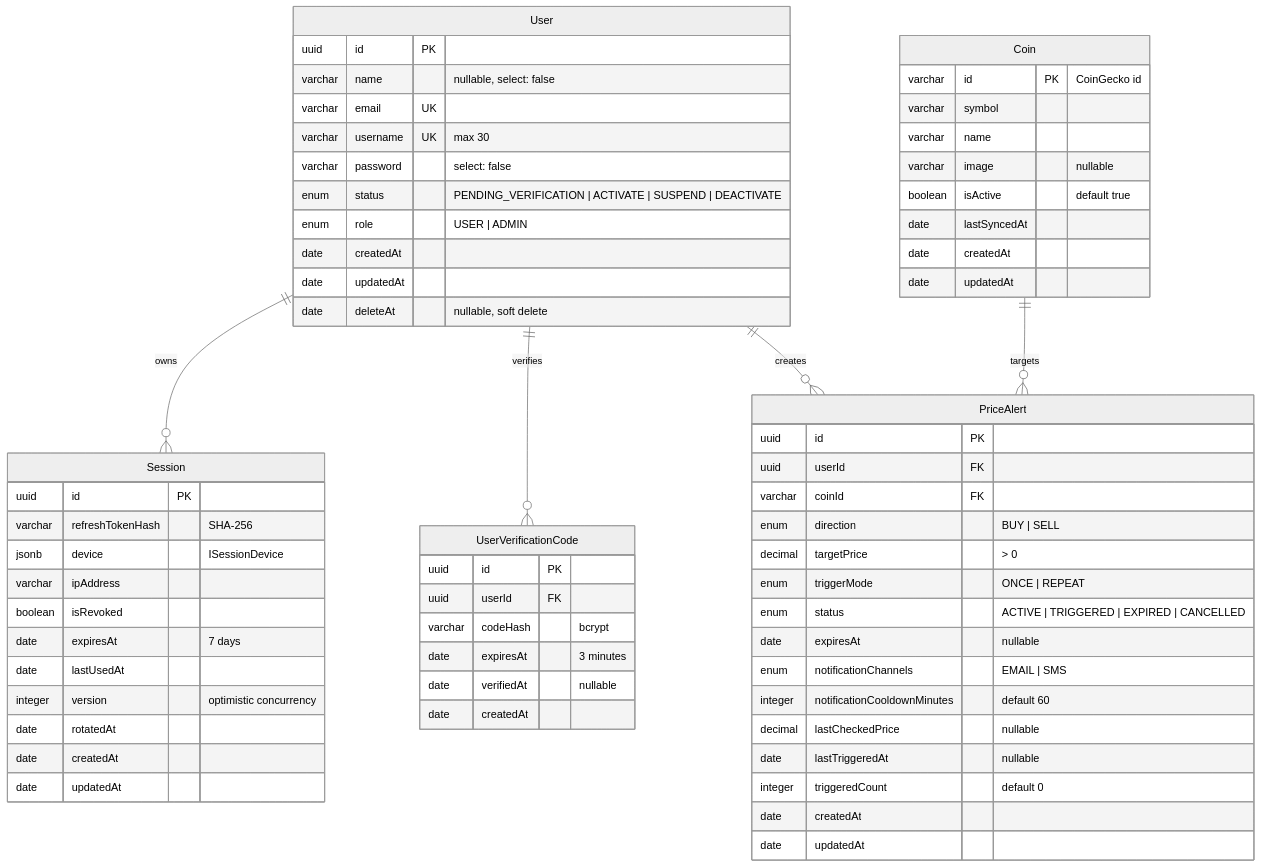
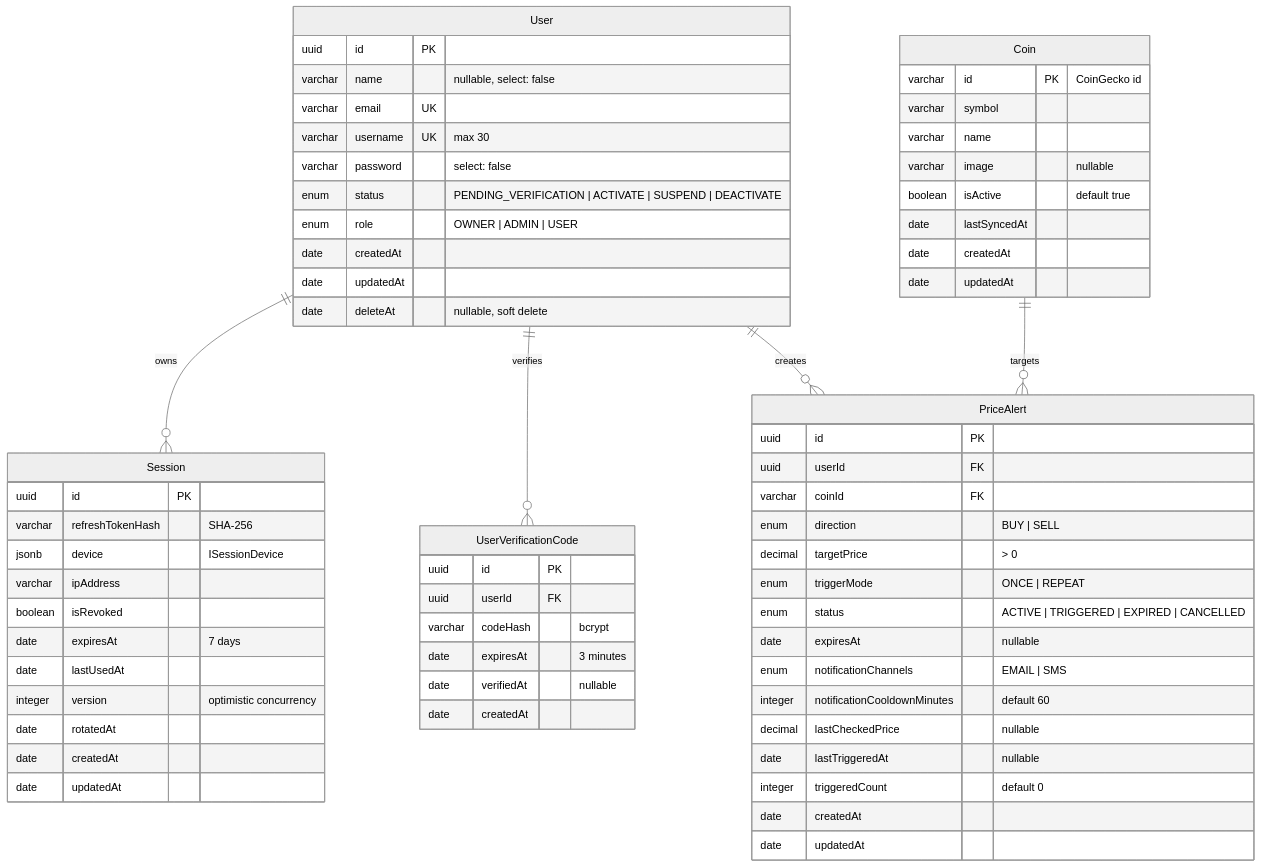
Before and after one commit to l1mindr/nest-backend: the sixth of 9 diagrams in docs/diagrams.md, drawn with Mermaid (neutral theme). The commit also changed other lines of this file and 9 other files, not shown here.

````diff
--- a/docs/diagrams.md
+++ b/docs/diagrams.md
@@ -165,72 +210,72 @@
 ```mermaid
 erDiagram
     User ||--o{ Session : owns
     User ||--o{ UserVerificationCode : verifies
     User ||--o{ PriceAlert : creates
     Coin ||--o{ PriceAlert : targets
 
     User {
         uuid id PK
         varchar name "nullable, select: false"
         varchar email UK
         varchar username UK "max 30"
         varchar password "select: false"
         enum status "PENDING_VERIFICATION | ACTIVATE | SUSPEND | DEACTIVATE"
-        enum role "USER | ADMIN"
+        enum role "OWNER | ADMIN | USER"
         date createdAt
         date updatedAt
         date deleteAt "nullable, soft delete"
     }
 
     Session {
         uuid id PK
         varchar refreshTokenHash "SHA-256"
         jsonb device "ISessionDevice"
         varchar ipAddress
         boolean isRevoked
         date expiresAt "7 days"
         date lastUsedAt
         integer version "optimistic concurrency"
         date rotatedAt
         date createdAt
         date updatedAt
     }
 
     UserVerificationCode {
         uuid id PK
         uuid userId FK
         varchar codeHash "bcrypt"
         date expiresAt "3 minutes"
         date verifiedAt "nullable"
         date createdAt
     }
 
     Coin {
         varchar id PK "CoinGecko id"
         varchar symbol
         varchar name
         varchar image "nullable"
         boolean isActive "default true"
         date lastSyncedAt
         date createdAt
         date updatedAt
     }
 
     PriceAlert {
         uuid id PK
         uuid userId FK
         varchar coinId FK
         enum direction "BUY | SELL"
         decimal targetPrice "> 0"
         enum triggerMode "ONCE | REPEAT"
         enum status "ACTIVE | TRIGGERED | EXPIRED | CANCELLED"
         date expiresAt "nullable"
         enum notificationChannels "EMAIL | SMS"
         integer notificationCooldownMinutes "default 60"
         decimal lastCheckedPrice "nullable"
         date lastTriggeredAt "nullable"
         integer triggeredCount "default 0"
         date createdAt
         date updatedAt
     }
 ```
````
